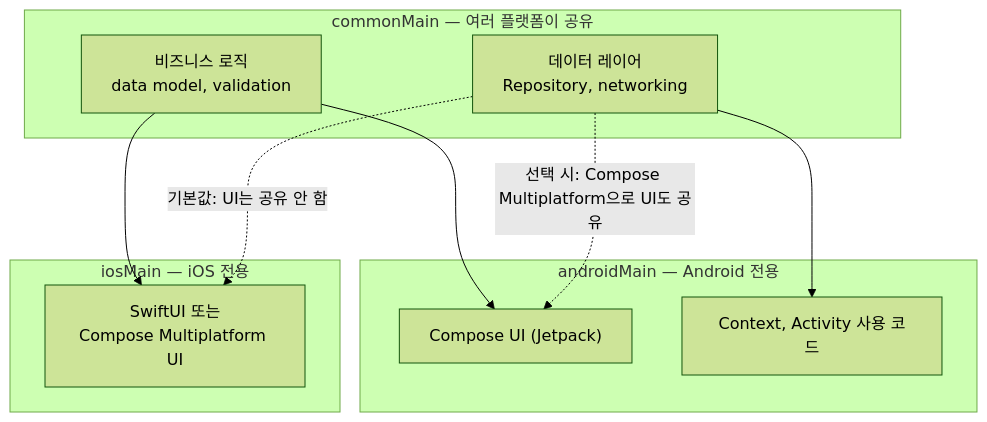
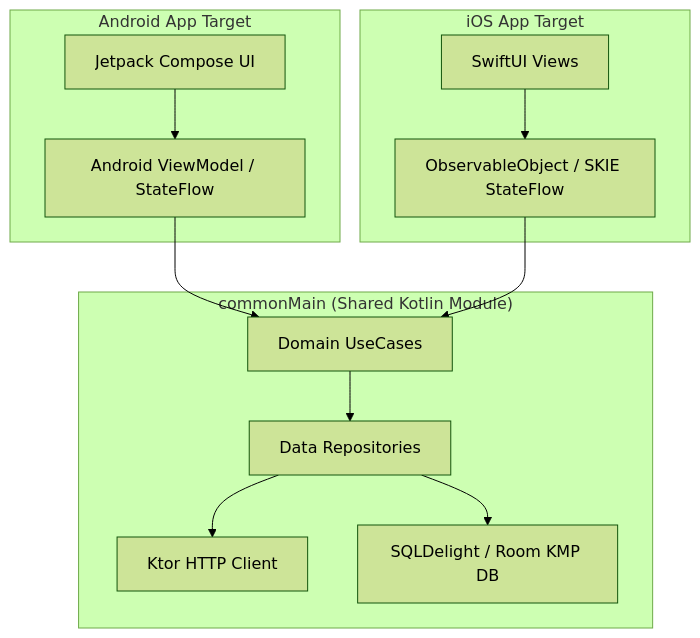
The diagram in 01_inbox/mobile/android/02_app_framework/architecture/multiplatform-contracts/kmp-shares-business-logic-and-data-layer-while-ui-stays-native-by-default.md (youngmin-gwon/what-i-studied), drawn with Mermaid (forest theme) before and after one commit. The commit also changed other lines of this file and 134 other files, not shown here.

````diff
--- a/01_inbox/mobile/android/02_app_framework/architecture/multiplatform-contracts/kmp-shares-business-logic-and-data-layer-while-ui-stays-native-by-default.md
+++ b/01_inbox/mobile/android/02_app_framework/architecture/multiplatform-contracts/kmp-shares-business-logic-and-data-layer-while-ui-stays-native-by-default.md
@@ -21,19 +33,27 @@
 ```mermaid
-flowchart TB
-    subgraph Common["commonMain — 여러 플랫폼이 공유"]
-        BL["비즈니스 로직<br/>data model, validation"]
-        DL["데이터 레이어<br/>Repository, networking"]
+graph TD
+    subgraph Shared Core ["commonMain (Shared Kotlin Module)"]
+        UseCase["Domain UseCases"]
+        Repo["Data Repositories"]
+        Ktor["Ktor HTTP Client"]
+        SQL["SQLDelight / Room KMP DB"]
     end
-    subgraph AndroidOnly["androidMain — Android 전용"]
-        AUI["Compose UI (Jetpack)"]
-        ACtx["Context, Activity 사용 코드"]
+
+    subgraph Android App ["Android App Target"]
+        ComposeUI["Jetpack Compose UI"]
+        AndroidVM["Android ViewModel / StateFlow"]
     end
-    subgraph IosOnly["iosMain — iOS 전용"]
-        IUI["SwiftUI 또는<br/>Compose Multiplatform UI"]
+
+    subgraph iOS App ["iOS App Target"]
+        SwiftUI["SwiftUI Views"]
+        iOSObservable["ObservableObject / SKIE StateFlow"]
     end
-    BL --> AUI
-    BL --> IUI
-    DL --> ACtx
-    DL -.->|"기본값: UI는 공유 안 함"| IUI
-    DL -.->|"선택 시: Compose Multiplatform으로 UI도 공유"| AUI
+
+    ComposeUI --> AndroidVM
+    AndroidVM --> UseCase
+    SwiftUI --> iOSObservable
+    iOSObservable --> UseCase
+    UseCase --> Repo
+    Repo --> Ktor
+    Repo --> SQL
 ```
````
